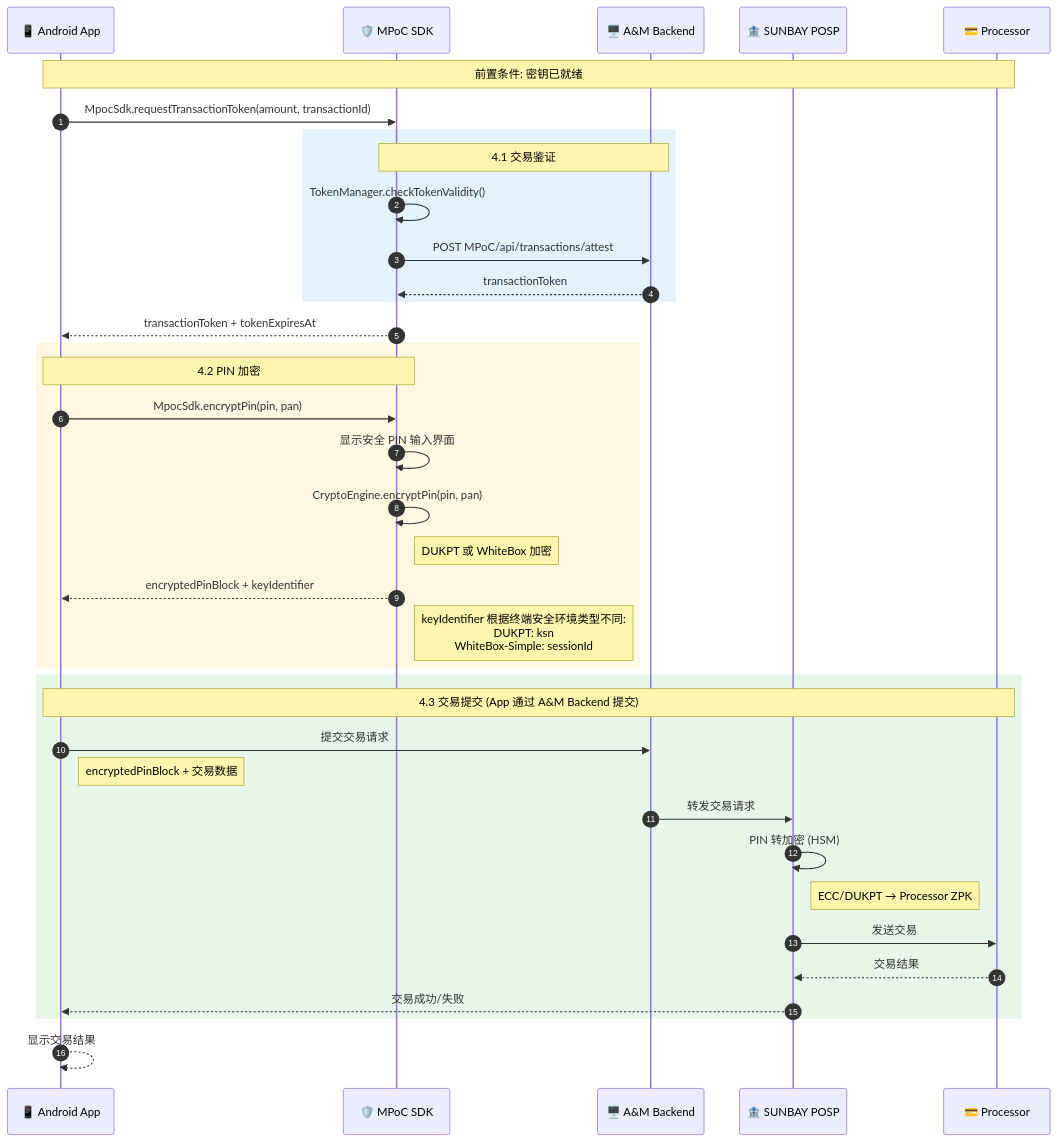
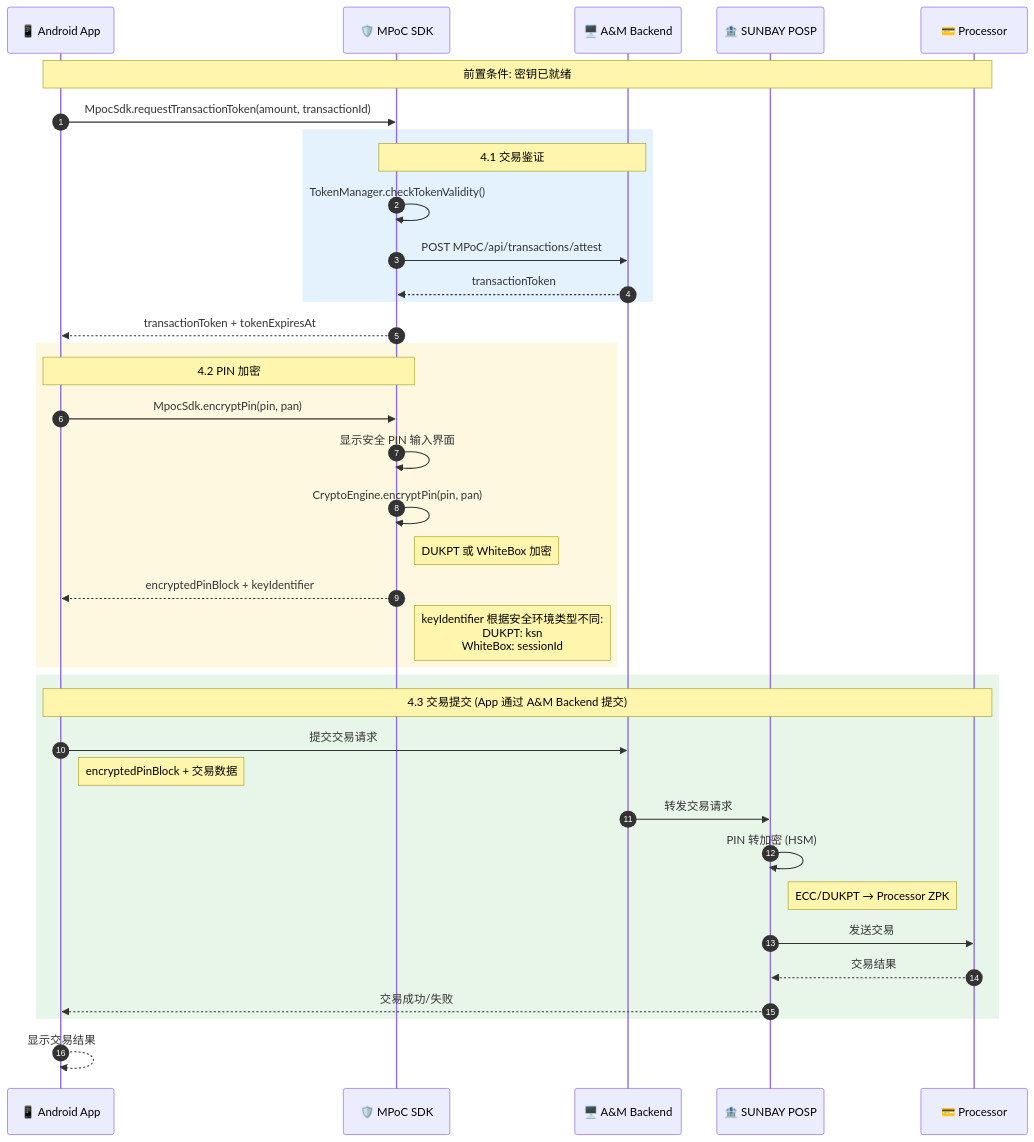
Diagram 17 of 23 in solution/MPOC_SDK_API_GUIDE.md (kevinwangl/sunbay-softpos-docs), drawn with Mermaid before and after one commit. The commit also changed other lines of this file, not shown here.

````diff
--- a/solution/MPOC_SDK_API_GUIDE.md
+++ b/solution/MPOC_SDK_API_GUIDE.md
@@ -1110,47 +1450,47 @@
 ```mermaid
 sequenceDiagram
     autonumber
     participant App as 📱 Android App
     participant SDK as 🛡️ MPoC SDK
     participant Backend as 🖥️ A&M Backend
     participant POSP as 🏦 SUNBAY POSP
     participant Processor as 💳 Processor
 
     Note over App,Processor: 前置条件: 密钥已就绪
     
     App->>SDK: MpocSdk.requestTransactionToken(amount, transactionId)
     
     rect rgb(227, 242, 253)
         Note over SDK,Backend: 4.1 交易鉴证
         SDK->>SDK: TokenManager.checkTokenValidity()
         SDK->>Backend: POST MPoC/api/transactions/attest
         Backend-->>SDK: transactionToken
     end
     
     SDK-->>App: transactionToken + tokenExpiresAt
     
     rect rgb(255, 248, 225)
         Note over App,SDK: 4.2 PIN 加密
         App->>SDK: MpocSdk.encryptPin(pin, pan)
         SDK->>SDK: 显示安全 PIN 输入界面
         SDK->>SDK: CryptoEngine.encryptPin(pin, pan)
         Note right of SDK: DUKPT 或 WhiteBox 加密
         SDK-->>App: encryptedPinBlock + keyIdentifier
-        Note right of SDK: keyIdentifier 根据终端安全环境类型不同:<br/>DUKPT: ksn<br/>WhiteBox-Simple: sessionId
+        Note right of SDK: keyIdentifier 根据安全环境类型不同:<br/>DUKPT: ksn<br/>WhiteBox: sessionId
     end
     
     rect rgb(232, 245, 233)
         Note over App,Processor: 4.3 交易提交 (App 通过 A&M Backend 提交)
         App->>Backend: 提交交易请求
         Note right of App: encryptedPinBlock + 交易数据
         Backend->>POSP: 转发交易请求
         
         POSP->>POSP: PIN 转加密 (HSM)
         Note right of POSP: ECC/DUKPT → Processor ZPK
         POSP->>Processor: 发送交易
         Processor-->>POSP: 交易结果
         POSP-->>App: 交易成功/失败
     end
     
     App-->>App: 显示交易结果
 ```
````
